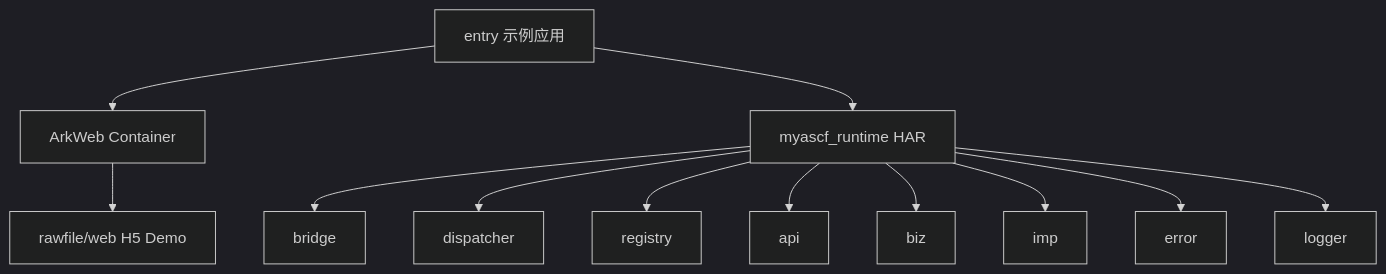
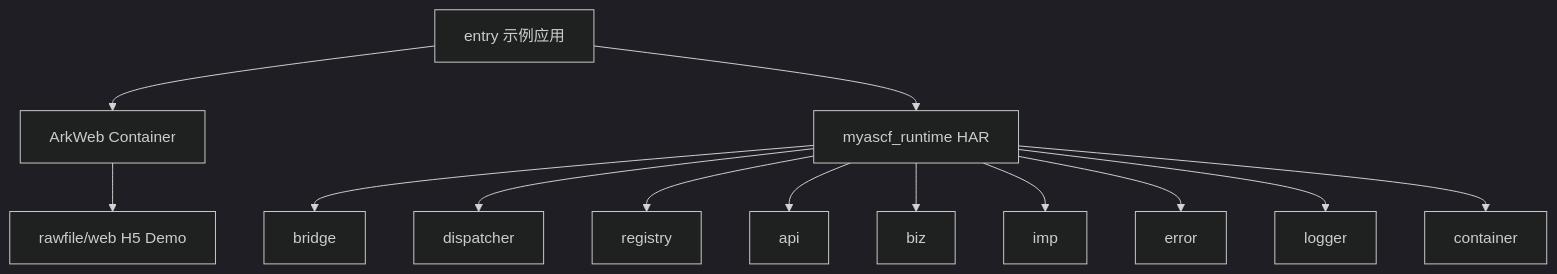
The diagram in docs/architecture/runtime-architecture.md (lichenyang5/MiniAppRuntime-Harmony), drawn with Mermaid (dark theme) before and after one commit. The commit also changed other lines of this file and 29 other files, not shown here.

````diff
--- a/docs/architecture/runtime-architecture.md
+++ b/docs/architecture/runtime-architecture.md
@@ -7,14 +7,15 @@
 ```mermaid
 flowchart TD
   Entry["entry 示例应用"] --> Web["ArkWeb Container"]
   Web --> H5["rawfile/web H5 Demo"]
   Entry --> Har["myascf_runtime HAR"]
   Har --> Bridge["bridge"]
   Har --> Dispatcher["dispatcher"]
   Har --> Registry["registry"]
   Har --> Api["api"]
   Har --> Biz["biz"]
   Har --> Imp["imp"]
   Har --> Error["error"]
   Har --> Logger["logger"]
+  Har --> Container["container"]
 ```
````
